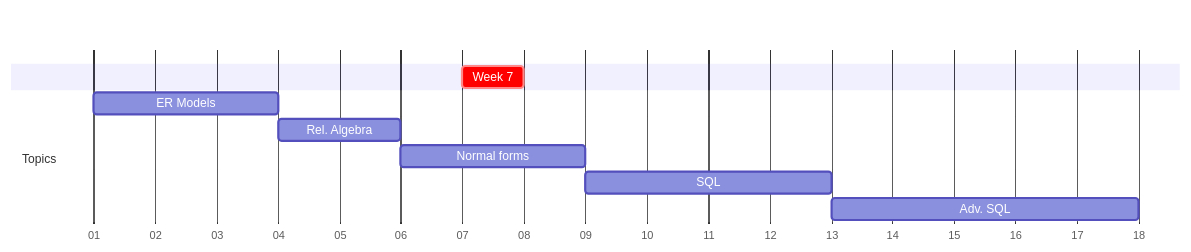
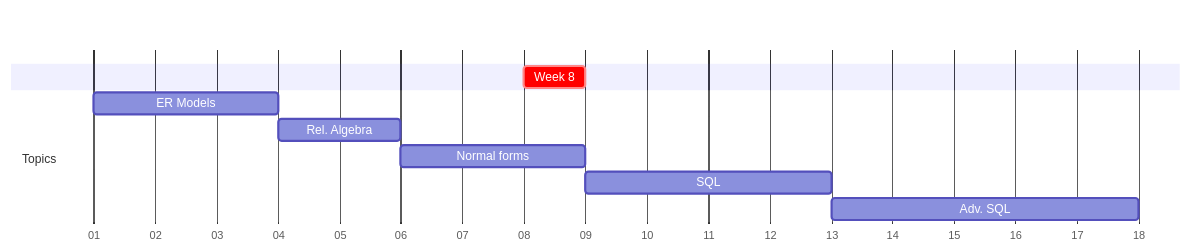
Before and after one commit to lowkeylabs/cmsc408-course-admin: the diagram in fa2024/lectures/week-mermaid.mmd, drawn with Mermaid. The commit also changed 48 other files, not shown here.

```diff
--- a/fa2024/lectures/week-mermaid.mmd
+++ b/fa2024/lectures/week-mermaid.mmd
@@ -1,14 +1,14 @@
 
 gantt
     dateFormat  M/DD/YYYY
     axisFormat  %W
 
     section    
-    Week 7 : crit, weekblock, 2/18/2024, 1w
+    Week 8 : crit, weekblock, 2/25/2024, 1w
 
     section Topics
     ER Models : m1, 1/7/2024, 3w
     Rel. Algebra: m4, after m1, 2w
     Normal forms: m5, after m4, 3w
     SQL : m6, after m5, 4w
     Adv. SQL: m7, after m6, 5w
```
